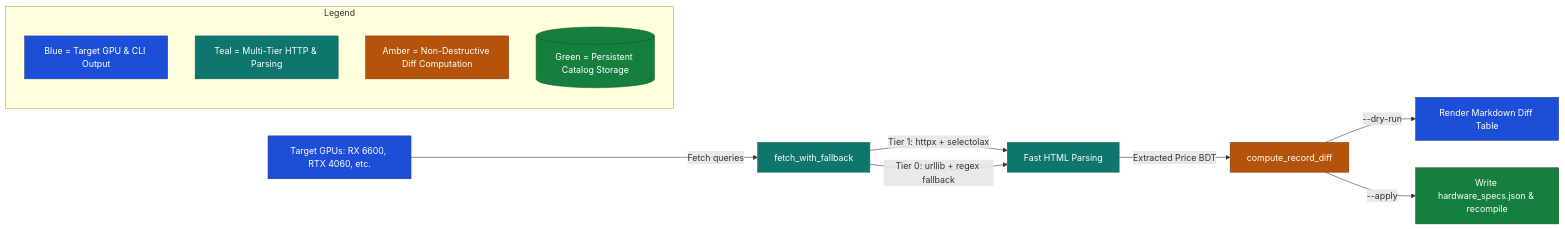
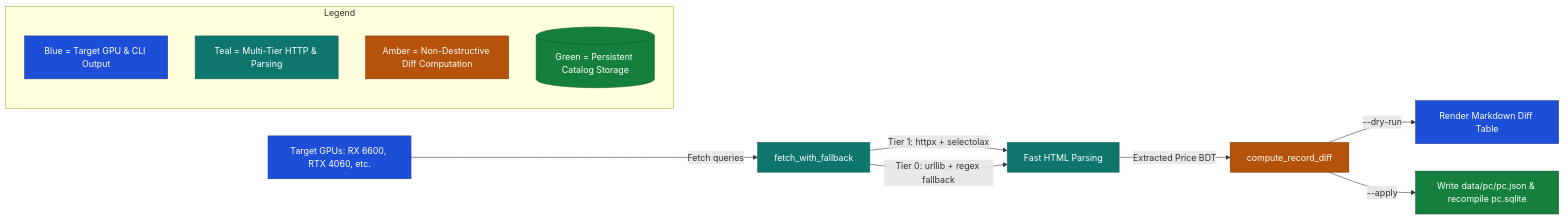
Before and after one commit to Mostakim2005/database-manager: the fifth of 12 diagrams in docs/ARCHITECTURE.md, drawn with Mermaid. The commit also changed other lines of this file and 54 other files, not shown here.

````diff
--- a/docs/ARCHITECTURE.md
+++ b/docs/ARCHITECTURE.md
@@ -159,22 +164,22 @@
 ```mermaid
 flowchart LR
     %% Color Definitions
     classDef startNode fill:#1d4ed8,stroke:#1e3a8a,color:#ffffff
     classDef processNode fill:#0f766e,stroke:#115e59,color:#ffffff
     classDef diffNode fill:#b45309,stroke:#78350f,color:#ffffff
     classDef dataNode fill:#15803d,stroke:#14532d,color:#ffffff
 
     S1[Target GPUs: RX 6600, RTX 4060, etc.]:::startNode -->|Fetch queries| S2[fetch_with_fallback]:::processNode
     S2 -->|Tier 1: httpx + selectolax| S3[Fast HTML Parsing]:::processNode
     S2 -->|Tier 0: urllib + regex fallback| S3
     S3 -->|Extracted Price BDT| S4[compute_record_diff]:::diffNode
     S4 -->|--dry-run| S5[Render Markdown Diff Table]:::startNode
-    S4 -->|--apply| S6[Write hardware_specs.json & recompile]:::dataNode
+    S4 -->|--apply| S6[Write data/pc/pc.json & recompile pc.sqlite]:::dataNode
 
     subgraph Legend["Legend"]
         L1[Blue = Target GPU & CLI Output]:::startNode
         L2[Teal = Multi-Tier HTTP & Parsing]:::processNode
         L3[Amber = Non-Destructive Diff Computation]:::diffNode
         L4[(Green = Persistent Catalog Storage)]:::dataNode
     end
 ```
````
